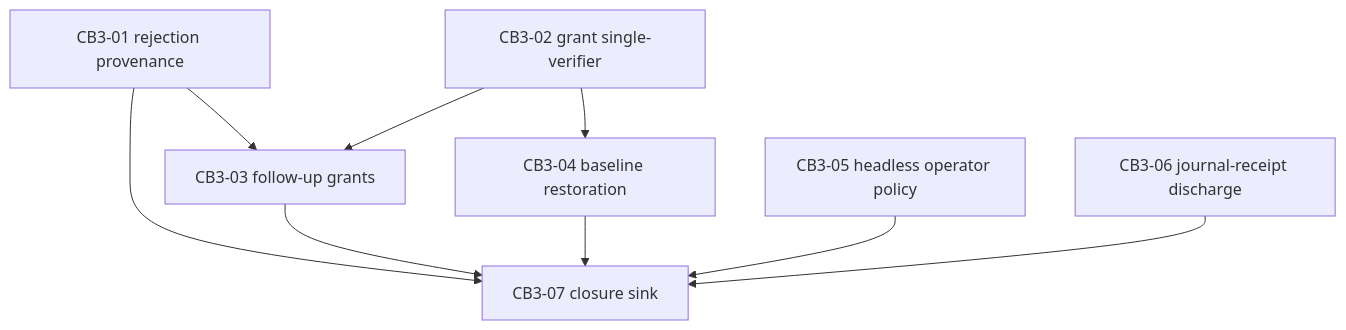
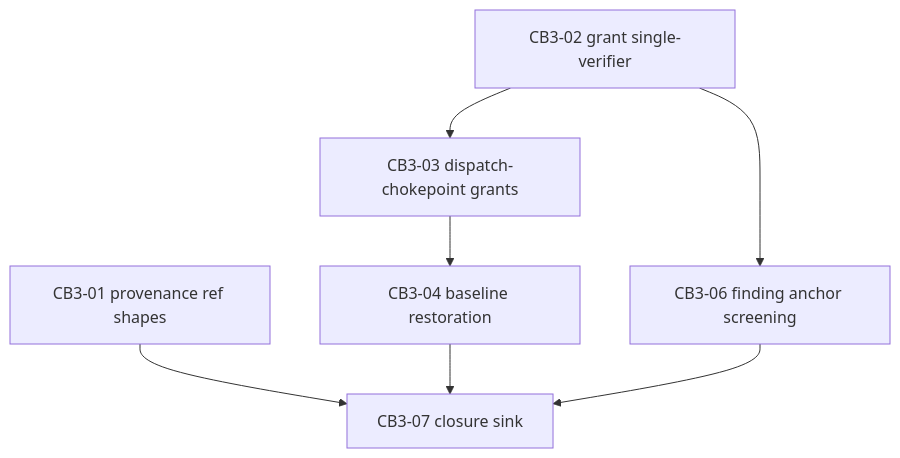
One commit to kzaslavsky/Harness_labs changed the diagram in docs/development/CONTRACT_BURDEN_RELAXATION_3_PLAN.md. Above: the diagram before and after it, drawn with Mermaid. The commit also changed other lines of this file and 4 other files, not shown here.

````diff
--- a/docs/development/CONTRACT_BURDEN_RELAXATION_3_PLAN.md
+++ b/docs/development/CONTRACT_BURDEN_RELAXATION_3_PLAN.md
@@ -29,13 +30,10 @@
 ```mermaid
 graph TD
-  CB3-01[CB3-01 rejection provenance] --> CB3-03
-  CB3-02[CB3-02 grant single-verifier] --> CB3-03[CB3-03 follow-up grants]
-  CB3-02 --> CB3-04[CB3-04 baseline restoration]
-  CB3-05[CB3-05 headless operator policy]
-  CB3-06[CB3-06 journal-receipt discharge]
+  CB3-01[CB3-01 provenance ref shapes]
+  CB3-02[CB3-02 grant single-verifier] --> CB3-03[CB3-03 dispatch-chokepoint grants]
+  CB3-02 --> CB3-06[CB3-06 finding anchor screening]
+  CB3-03 --> CB3-04[CB3-04 baseline restoration]
   CB3-01 --> CB3-07[CB3-07 closure sink]
-  CB3-03 --> CB3-07
   CB3-04 --> CB3-07
-  CB3-05 --> CB3-07
   CB3-06 --> CB3-07
 ```
````
